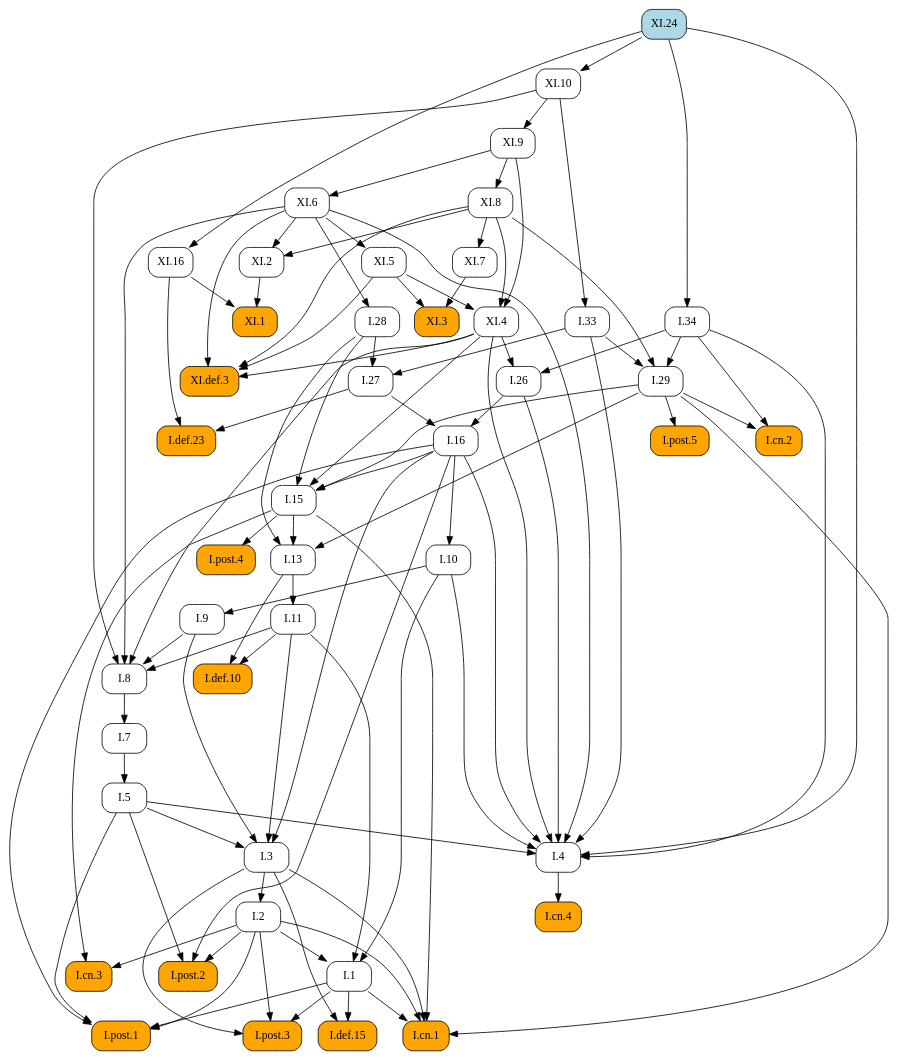
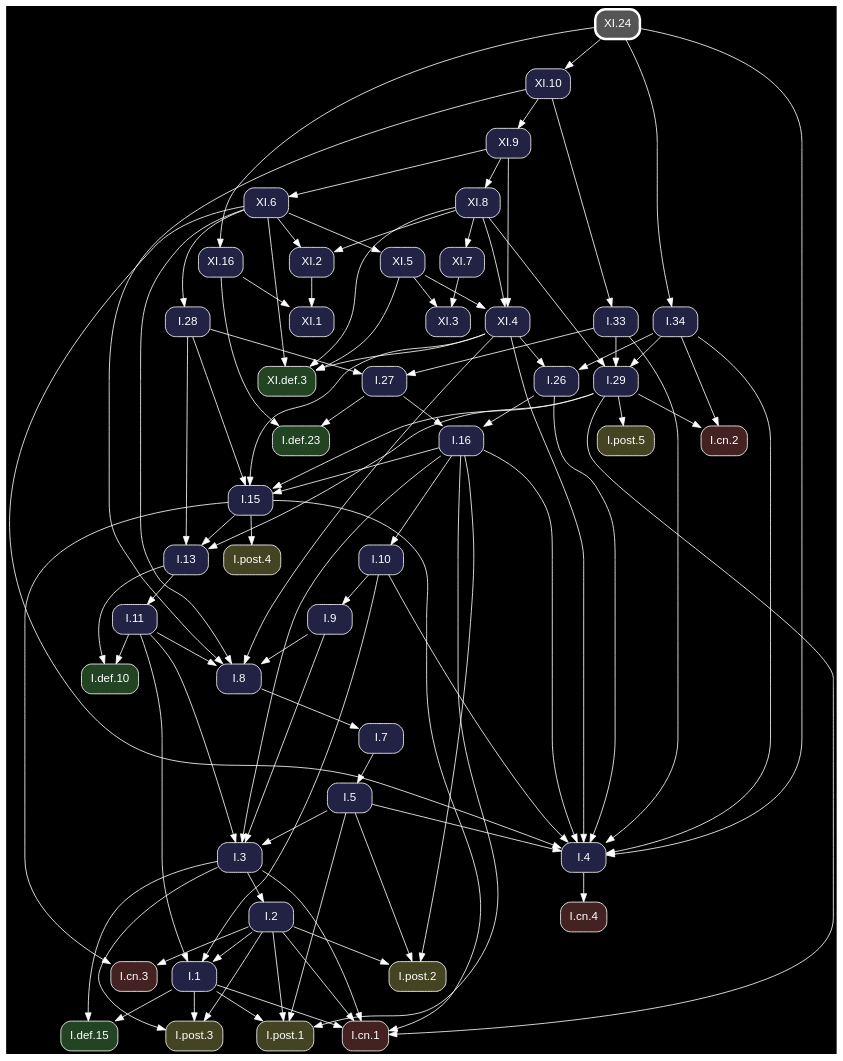
Before and after one commit to geometor/elements: the diagram in docsrc/heath/XI/24/index.rst, drawn with Graphviz. The commit also changed other lines of this file and 1200 other files, not shown here.

Commit message:
update dependency graphs

```diff
--- a/docsrc/heath/XI/24/index.rst
+++ b/docsrc/heath/XI/24/index.rst
@@ -48,98 +48,102 @@
 .. graphviz::
 
    digraph {
+     bgcolor="black";
+     node [shape=box, style="rounded,filled", fontname="Helvetica", color="white", fontcolor="white"];
+     edge [color="white", fontcolor="white"];
      rankdir="TB";
-     node [shape=box, style=rounded];
-     "I.9" [URL="/heath/I/9/", target="_top"];
-     "I.33" [URL="/heath/I/33/", target="_top"];
-     "XI.4" [URL="/heath/XI/4/", target="_top"];
-     "I.def.15" [style="rounded,filled", fillcolor=orange, URL="/heath/I/def.15/", target="_top"];
-     "XI.8" [URL="/heath/XI/8/", target="_top"];
-     "XI.24" [style="rounded,filled", fillcolor=lightblue, URL="/heath/XI/24/", target="_top"];
-     "XI.6" [URL="/heath/XI/6/", target="_top"];
-     "I.post.3" [style="rounded,filled", fillcolor=orange, URL="/heath/I/post.3/", target="_top"];
-     "I.post.1" [style="rounded,filled", fillcolor=orange, URL="/heath/I/post.1/", target="_top"];
-     "XI.3" [style="rounded,filled", fillcolor=orange, URL="/heath/XI/3/", target="_top"];
-     "I.def.10" [style="rounded,filled", fillcolor=orange, URL="/heath/I/def.10/", target="_top"];
-     "XI.def.3" [style="rounded,filled", fillcolor=orange, URL="/heath/XI/def.3/", target="_top"];
-     "XI.10" [URL="/heath/XI/10/", target="_top"];
-     "I.27" [URL="/heath/I/27/", target="_top"];
-     "I.34" [URL="/heath/I/34/", target="_top"];
-     "XI.2" [URL="/heath/XI/2/", target="_top"];
-     "I.3" [URL="/heath/I/3/", target="_top"];
-     "XI.7" [URL="/heath/XI/7/", target="_top"];
-     "I.cn.1" [style="rounded,filled", fillcolor=orange, URL="/heath/I/cn.1/", target="_top"];
-     "I.7" [URL="/heath/I/7/", target="_top"];
-     "I.2" [URL="/heath/I/2/", target="_top"];
-     "I.13" [URL="/heath/I/13/", target="_top"];
-     "I.post.4" [style="rounded,filled", fillcolor=orange, URL="/heath/I/post.4/", target="_top"];
-     "I.4" [URL="/heath/I/4/", target="_top"];
-     "I.1" [URL="/heath/I/1/", target="_top"];
-     "XI.16" [URL="/heath/XI/16/", target="_top"];
-     "I.5" [URL="/heath/I/5/", target="_top"];
-     "I.8" [URL="/heath/I/8/", target="_top"];
-     "I.29" [URL="/heath/I/29/", target="_top"];
-     "I.cn.3" [style="rounded,filled", fillcolor=orange, URL="/heath/I/cn.3/", target="_top"];
-     "XI.5" [URL="/heath/XI/5/", target="_top"];
-     "I.16" [URL="/heath/I/16/", target="_top"];
-     "I.15" [URL="/heath/I/15/", target="_top"];
-     "I.10" [URL="/heath/I/10/", target="_top"];
-     "I.11" [URL="/heath/I/11/", target="_top"];
-     "I.def.23" [style="rounded,filled", fillcolor=orange, URL="/heath/I/def.23/", target="_top"];
-     "XI.9" [URL="/heath/XI/9/", target="_top"];
-     "I.cn.2" [style="rounded,filled", fillcolor=orange, URL="/heath/I/cn.2/", target="_top"];
-     "I.post.5" [style="rounded,filled", fillcolor=orange, URL="/heath/I/post.5/", target="_top"];
-     "I.28" [URL="/heath/I/28/", target="_top"];
-     "I.cn.4" [style="rounded,filled", fillcolor=orange, URL="/heath/I/cn.4/", target="_top"];
-     "XI.1" [style="rounded,filled", fillcolor=orange, URL="/heath/XI/1/", target="_top"];
-     "I.post.2" [style="rounded,filled", fillcolor=orange, URL="/heath/I/post.2/", target="_top"];
-     "I.26" [URL="/heath/I/26/", target="_top"];
-     "I.10" -> "I.9";
-     "XI.10" -> "I.33";
-     "XI.5" -> "XI.4";
-     "XI.8" -> "XI.4";
-     "XI.9" -> "XI.4";
-     "I.1" -> "I.def.15";
-     "I.3" -> "I.def.15";
+     "XI.7" [fillcolor="#222244", URL="/heath/XI/7/", target="_top"];
+     "XI.8" [fillcolor="#222244", URL="/heath/XI/8/", target="_top"];
+     "I.3" [fillcolor="#222244", URL="/heath/I/3/", target="_top"];
+     "I.cn.1" [fillcolor="#442222", URL="/heath/I/cn.1/", target="_top"];
+     "XI.def.3" [fillcolor="#224422", URL="/heath/XI/def.3/", target="_top"];
+     "I.def.10" [fillcolor="#224422", URL="/heath/I/def.10/", target="_top"];
+     "I.15" [fillcolor="#222244", URL="/heath/I/15/", target="_top"];
+     "XI.5" [fillcolor="#222244", URL="/heath/XI/5/", target="_top"];
+     "I.28" [fillcolor="#222244", URL="/heath/I/28/", target="_top"];
+     "I.13" [fillcolor="#222244", URL="/heath/I/13/", target="_top"];
+     "I.27" [fillcolor="#222244", URL="/heath/I/27/", target="_top"];
+     "I.2" [fillcolor="#222244", URL="/heath/I/2/", target="_top"];
+     "XI.3" [fillcolor="#222244", URL="/heath/XI/3/", target="_top"];
+     "I.cn.2" [fillcolor="#442222", URL="/heath/I/cn.2/", target="_top"];
+     "XI.1" [fillcolor="#222244", URL="/heath/XI/1/", target="_top"];
+     "I.9" [fillcolor="#222244", URL="/heath/I/9/", target="_top"];
+     "I.1" [fillcolor="#222244", URL="/heath/I/1/", target="_top"];
+     "I.post.5" [fillcolor="#444422", URL="/heath/I/post.5/", target="_top"];
+     "I.post.4" [fillcolor="#444422", URL="/heath/I/post.4/", target="_top"];
+     "I.26" [fillcolor="#222244", URL="/heath/I/26/", target="_top"];
+     "I.8" [fillcolor="#222244", URL="/heath/I/8/", target="_top"];
+     "I.4" [fillcolor="#222244", URL="/heath/I/4/", target="_top"];
+     "XI.24" [penwidth=3, color="white", fillcolor="#555555", URL="/heath/XI/24/", target="_top"];
+     "I.7" [fillcolor="#222244", URL="/heath/I/7/", target="_top"];
+     "I.5" [fillcolor="#222244", URL="/heath/I/5/", target="_top"];
+     "XI.16" [fillcolor="#222244", URL="/heath/XI/16/", target="_top"];
+     "I.10" [fillcolor="#222244", URL="/heath/I/10/", target="_top"];
+     "I.post.1" [fillcolor="#444422", URL="/heath/I/post.1/", target="_top"];
+     "I.11" [fillcolor="#222244", URL="/heath/I/11/", target="_top"];
+     "I.16" [fillcolor="#222244", URL="/heath/I/16/", target="_top"];
+     "I.cn.3" [fillcolor="#442222", URL="/heath/I/cn.3/", target="_top"];
+     "XI.9" [fillcolor="#222244", URL="/heath/XI/9/", target="_top"];
+     "I.29" [fillcolor="#222244", URL="/heath/I/29/", target="_top"];
+     "I.post.2" [fillcolor="#444422", URL="/heath/I/post.2/", target="_top"];
+     "I.cn.4" [fillcolor="#442222", URL="/heath/I/cn.4/", target="_top"];
+     "I.def.23" [fillcolor="#224422", URL="/heath/I/def.23/", target="_top"];
+     "I.post.3" [fillcolor="#444422", URL="/heath/I/post.3/", target="_top"];
+     "I.33" [fillcolor="#222244", URL="/heath/I/33/", target="_top"];
+     "I.34" [fillcolor="#222244", URL="/heath/I/34/", target="_top"];
+     "XI.10" [fillcolor="#222244", URL="/heath/XI/10/", target="_top"];
+     "I.def.15" [fillcolor="#224422", URL="/heath/I/def.15/", target="_top"];
+     "XI.4" [fillcolor="#222244", URL="/heath/XI/4/", target="_top"];
+     "XI.2" [fillcolor="#222244", URL="/heath/XI/2/", target="_top"];
+     "XI.6" [fillcolor="#222244", URL="/heath/XI/6/", target="_top"];
+     "XI.8" -> "XI.7";
      "XI.9" -> "XI.8";
-     "XI.9" -> "XI.6";
-     "I.1" -> "I.post.3";
-     "I.2" -> "I.post.3";
-     "I.3" -> "I.post.3";
-     "I.1" -> "I.post.1";
-     "I.2" -> "I.post.1";
-     "I.5" -> "I.post.1";
-     "I.16" -> "I.post.1";
-     "XI.5" -> "XI.3";
-     "XI.7" -> "XI.3";
-     "I.11" -> "I.def.10";
-     "I.13" -> "I.def.10";
-     "XI.4" -> "XI.def.3";
-     "XI.5" -> "XI.def.3";
-     "XI.6" -> "XI.def.3";
-     "XI.8" -> "XI.def.3";
-     "XI.24" -> "XI.10";
-     "I.28" -> "I.27";
-     "I.33" -> "I.27";
-     "XI.24" -> "I.34";
-     "XI.6" -> "XI.2";
-     "XI.8" -> "XI.2";
      "I.5" -> "I.3";
      "I.9" -> "I.3";
      "I.11" -> "I.3";
      "I.16" -> "I.3";
-     "XI.8" -> "XI.7";
      "I.1" -> "I.cn.1";
      "I.2" -> "I.cn.1";
      "I.3" -> "I.cn.1";
      "I.15" -> "I.cn.1";
      "I.29" -> "I.cn.1";
-     "I.8" -> "I.7";
-     "I.3" -> "I.2";
+     "XI.4" -> "XI.def.3";
+     "XI.5" -> "XI.def.3";
+     "XI.6" -> "XI.def.3";
+     "XI.8" -> "XI.def.3";
+     "I.11" -> "I.def.10";
+     "I.13" -> "I.def.10";
+     "I.16" -> "I.15";
+     "I.28" -> "I.15";
+     "I.29" -> "I.15";
+     "XI.4" -> "I.15";
+     "XI.6" -> "XI.5";
+     "XI.6" -> "I.28";
      "I.15" -> "I.13";
      "I.28" -> "I.13";
      "I.29" -> "I.13";
+     "I.28" -> "I.27";
+     "I.33" -> "I.27";
+     "I.3" -> "I.2";
+     "XI.5" -> "XI.3";
+     "XI.7" -> "XI.3";
+     "I.29" -> "I.cn.2";
+     "I.34" -> "I.cn.2";
+     "XI.2" -> "XI.1";
+     "XI.16" -> "XI.1";
+     "I.10" -> "I.9";
+     "I.2" -> "I.1";
+     "I.10" -> "I.1";
+     "I.11" -> "I.1";
+     "I.29" -> "I.post.5";
      "I.15" -> "I.post.4";
+     "I.34" -> "I.26";
+     "XI.4" -> "I.26";
+     "I.9" -> "I.8";
+     "I.11" -> "I.8";
+     "XI.4" -> "I.8";
+     "XI.6" -> "I.8";
+     "XI.10" -> "I.8";
      "I.5" -> "I.4";
      "I.10" -> "I.4";
      "I.16" -> "I.4";
@@ -149,43 +153,41 @@
      "XI.4" -> "I.4";
      "XI.6" -> "I.4";
      "XI.24" -> "I.4";
-     "I.2" -> "I.1";
-     "I.10" -> "I.1";
-     "I.11" -> "I.1";
+     "I.8" -> "I.7";
+     "I.7" -> "I.5";
      "XI.24" -> "XI.16";
-     "I.7" -> "I.5";
-     "I.9" -> "I.8";
-     "I.11" -> "I.8";
-     "XI.4" -> "I.8";
-     "XI.6" -> "I.8";
-     "XI.10" -> "I.8";
+     "I.16" -> "I.10";
+     "I.1" -> "I.post.1";
+     "I.2" -> "I.post.1";
+     "I.5" -> "I.post.1";
+     "I.16" -> "I.post.1";
+     "I.13" -> "I.11";
+     "I.26" -> "I.16";
+     "I.27" -> "I.16";
+     "I.2" -> "I.cn.3";
+     "I.15" -> "I.cn.3";
+     "XI.10" -> "XI.9";
      "I.33" -> "I.29";
      "I.34" -> "I.29";
      "XI.8" -> "I.29";
-     "I.2" -> "I.cn.3";
-     "I.15" -> "I.cn.3";
-     "XI.6" -> "XI.5";
-     "I.26" -> "I.16";
-     "I.27" -> "I.16";
-     "I.16" -> "I.15";
-     "I.28" -> "I.15";
-     "I.29" -> "I.15";
-     "XI.4" -> "I.15";
-     "I.16" -> "I.10";
-     "I.13" -> "I.11";
-     "I.27" -> "I.def.23";
-     "XI.16" -> "I.def.23";
-     "XI.10" -> "XI.9";
-     "I.29" -> "I.cn.2";
-     "I.34" -> "I.cn.2";
-     "I.29" -> "I.post.5";
-     "XI.6" -> "I.28";
-     "I.4" -> "I.cn.4";
-     "XI.2" -> "XI.1";
-     "XI.16" -> "XI.1";
      "I.2" -> "I.post.2";
      "I.5" -> "I.post.2";
      "I.16" -> "I.post.2";
-     "I.34" -> "I.26";
-     "XI.4" -> "I.26";
+     "I.4" -> "I.cn.4";
+     "I.27" -> "I.def.23";
+     "XI.16" -> "I.def.23";
+     "I.1" -> "I.post.3";
+     "I.2" -> "I.post.3";
+     "I.3" -> "I.post.3";
+     "XI.10" -> "I.33";
+     "XI.24" -> "I.34";
+     "XI.24" -> "XI.10";
+     "I.1" -> "I.def.15";
+     "I.3" -> "I.def.15";
+     "XI.5" -> "XI.4";
+     "XI.8" -> "XI.4";
+     "XI.9" -> "XI.4";
+     "XI.6" -> "XI.2";
+     "XI.8" -> "XI.2";
+     "XI.9" -> "XI.6";
    }
```
